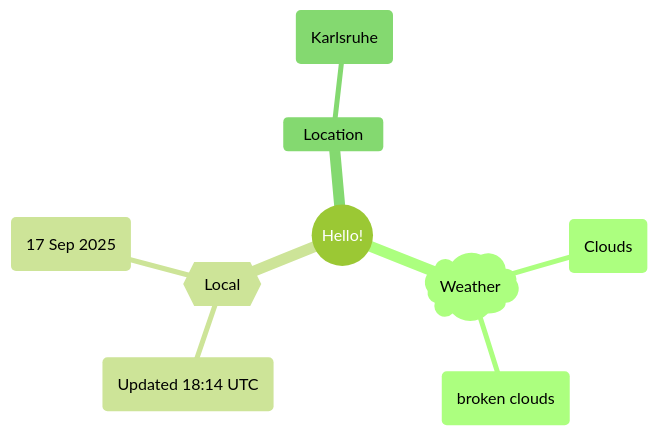
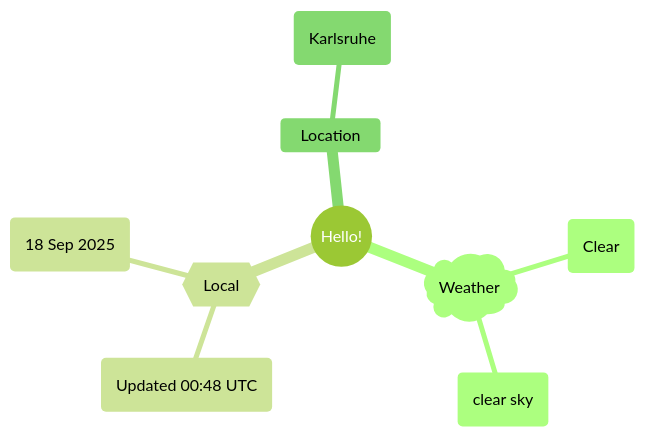
Before and after one commit to Xosrov/Xosrov: the first of 2 diagrams in README.md, drawn with Mermaid (forest theme).

Commit message:
[bot] updated images

````diff
--- a/README.md
+++ b/README.md
@@ -3,12 +3,12 @@
 ```mermaid
 mindmap
   root((Hello!))
     )Weather(
-        (Clouds)
-        (broken clouds)
+        (Clear)
+        (clear sky)
     {{Local}}
-        (Updated 18:14 UTC)
-        (17 Sep 2025)
+        (Updated 00:48 UTC)
+        (18 Sep 2025)
     Location
         (Karlsruhe)
 ```
````
